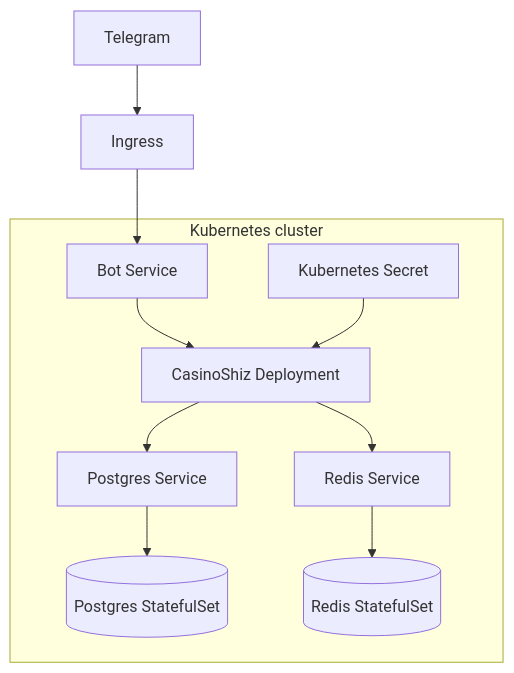
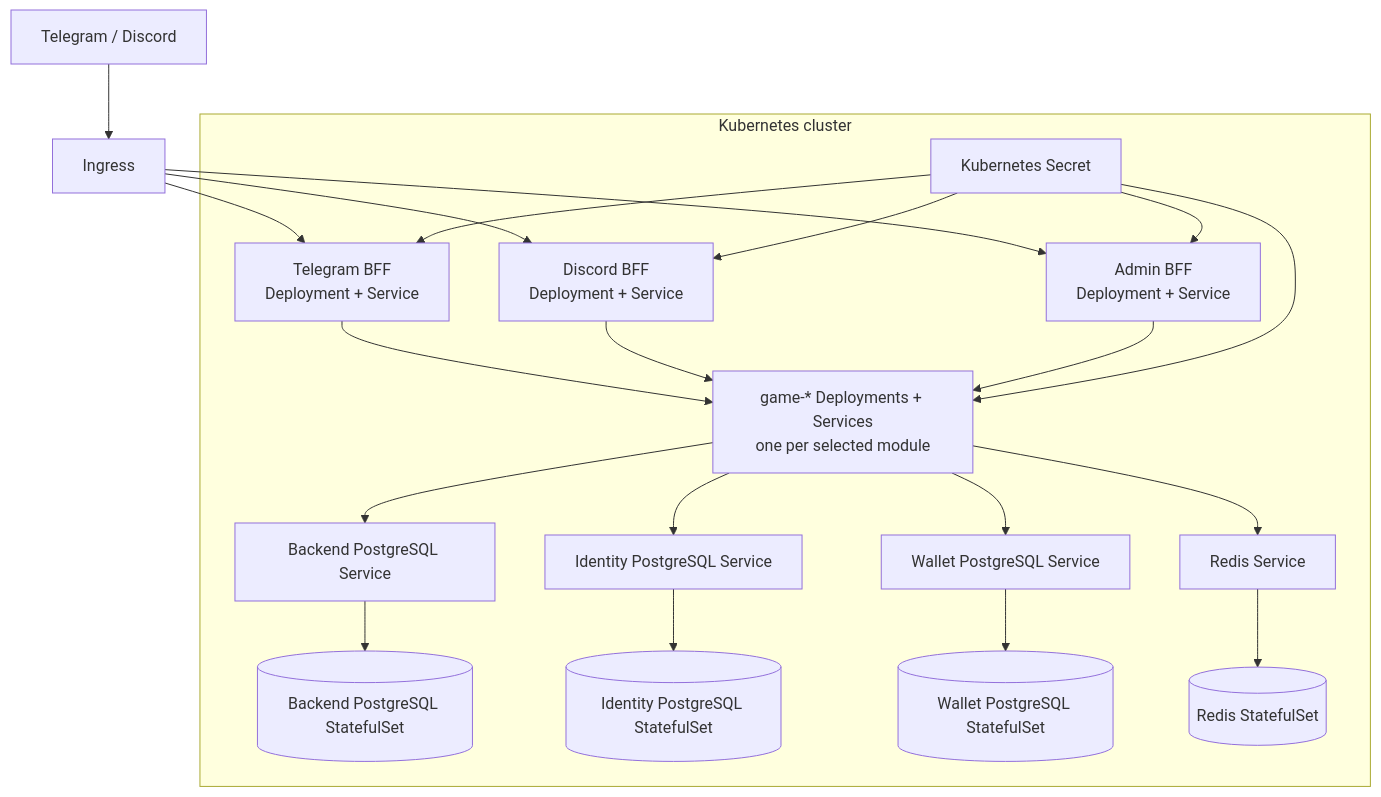
One commit to cpp20120/GameShiz changed diagram 28 of 30 in docs/arch.md. Above: the diagram before and after it, drawn with Mermaid. The commit also changed other lines of this file and 182 other files, not shown here.

Commit message:
restore service and Discord changes

````diff
--- a/docs/arch.md
+++ b/docs/arch.md
@@ -1058,24 +1274,41 @@
 ```mermaid
 flowchart TB
-    telegram["Telegram"]
+    channels["Telegram / Discord"]
     ingress["Ingress"]
 
     subgraph cluster["Kubernetes cluster"]
-        deployment["CasinoShiz Deployment"]
-        service["Bot Service"]
-        pgsvc["Postgres Service"]
-        pgstate[("Postgres StatefulSet")]
+        telegramBff["Telegram BFF<br/>Deployment + Service"]
+        discordBff["Discord BFF<br/>Deployment + Service"]
+        adminBff["Admin BFF<br/>Deployment + Service"]
+        games["game-* Deployments + Services<br/>one per selected module"]
+        backendSvc["Backend PostgreSQL Service"]
+        backendState[("Backend PostgreSQL StatefulSet")]
+        identitySvc["Identity PostgreSQL Service"]
+        identityState[("Identity PostgreSQL StatefulSet")]
+        walletSvc["Wallet PostgreSQL Service"]
+        walletState[("Wallet PostgreSQL StatefulSet")]
         rdsvc["Redis Service"]
         rdstate[("Redis StatefulSet")]
         secret["Kubernetes Secret"]
     end
 
-    telegram --> ingress
-    ingress --> service
-    service --> deployment
-    secret --> deployment
-    deployment --> pgsvc
-    pgsvc --> pgstate
-    deployment --> rdsvc
+    channels --> ingress
+    ingress --> telegramBff
+    ingress --> discordBff
+    ingress --> adminBff
+    telegramBff --> games
+    discordBff --> games
+    adminBff --> games
+    games --> backendSvc
+    backendSvc --> backendState
+    games --> identitySvc
+    identitySvc --> identityState
+    games --> walletSvc
+    walletSvc --> walletState
+    games --> rdsvc
     rdsvc --> rdstate
+    secret --> telegramBff
+    secret --> discordBff
+    secret --> adminBff
+    secret --> games
 ```
````
